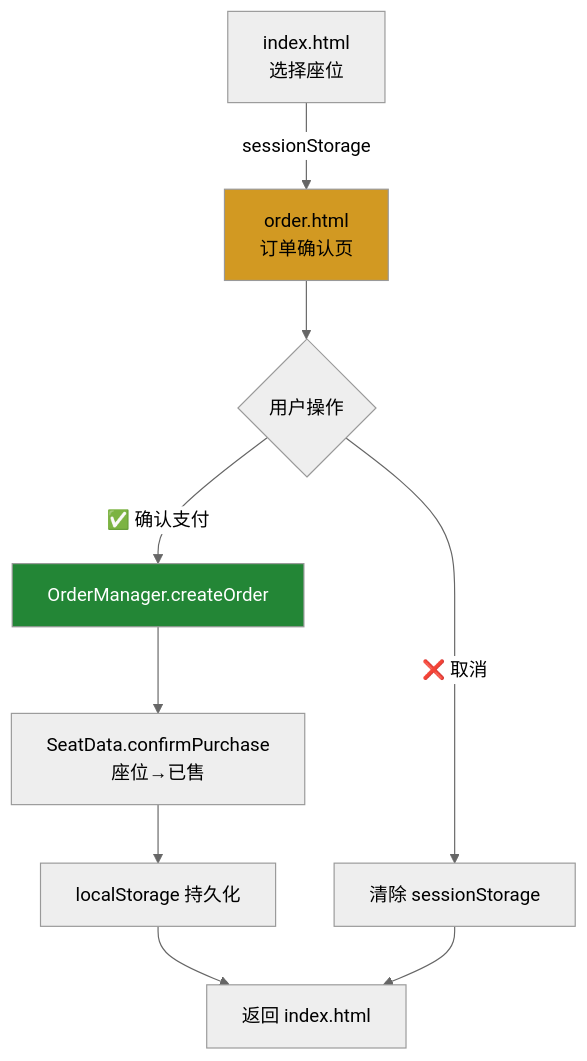
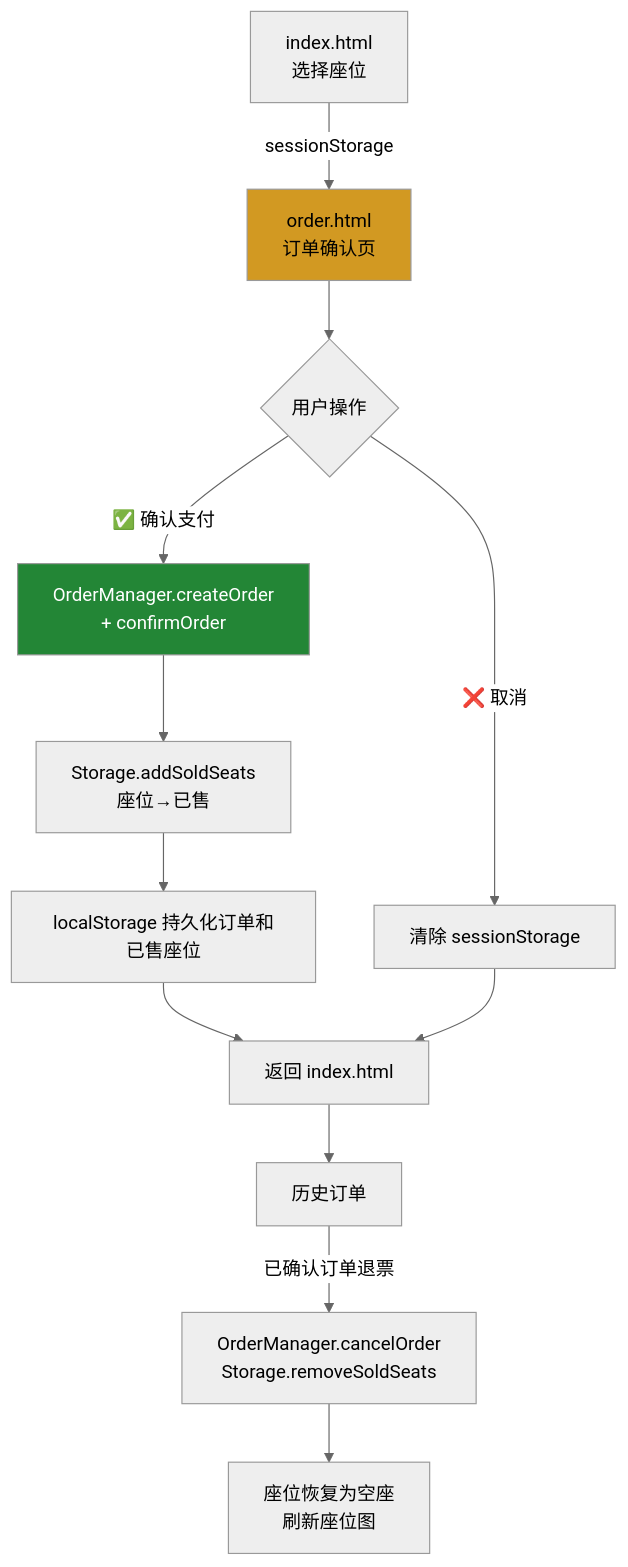
The third of 3 diagrams in doc/USER_FLOW.md (wangbh-05/SmartCinema), drawn with Mermaid (neutral theme) before and after one commit. The commit also changed other lines of this file and 23 other files, not shown here.

````diff
--- a/doc/USER_FLOW.md
+++ b/doc/USER_FLOW.md
@@ -97,16 +97,20 @@
 ```mermaid
 flowchart TD
     A[index.html<br/>选择座位] -->|sessionStorage| B[order.html<br/>订单确认页]
 
     B --> C{用户操作}
-    C -->|✅ 确认支付| D[OrderManager.createOrder]
-    D --> E[SeatData.confirmPurchase<br/>座位→已售]
-    E --> F[localStorage 持久化]
+    C -->|✅ 确认支付| D[OrderManager.createOrder<br/>+ confirmOrder]
+    D --> E[Storage.addSoldSeats<br/>座位→已售]
+    E --> F[localStorage 持久化订单和已售座位]
     F --> G[返回 index.html]
 
     C -->|❌ 取消| H[清除 sessionStorage]
     H --> G
 
+    G --> I[历史订单]
+    I -->|已确认订单退票| J[OrderManager.cancelOrder<br/>Storage.removeSoldSeats]
+    J --> K[座位恢复为空座<br/>刷新座位图]
+
     style B fill:#D29922,color:#000
     style D fill:#238636,color:#fff
 ```
````
